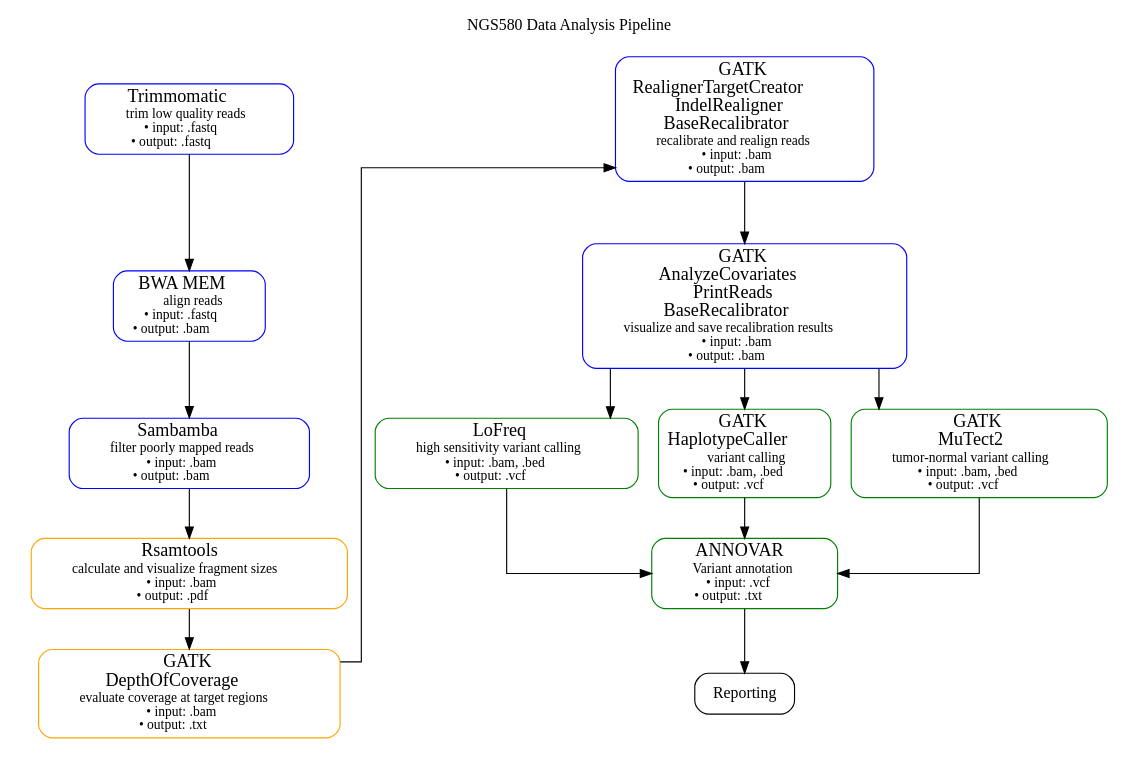
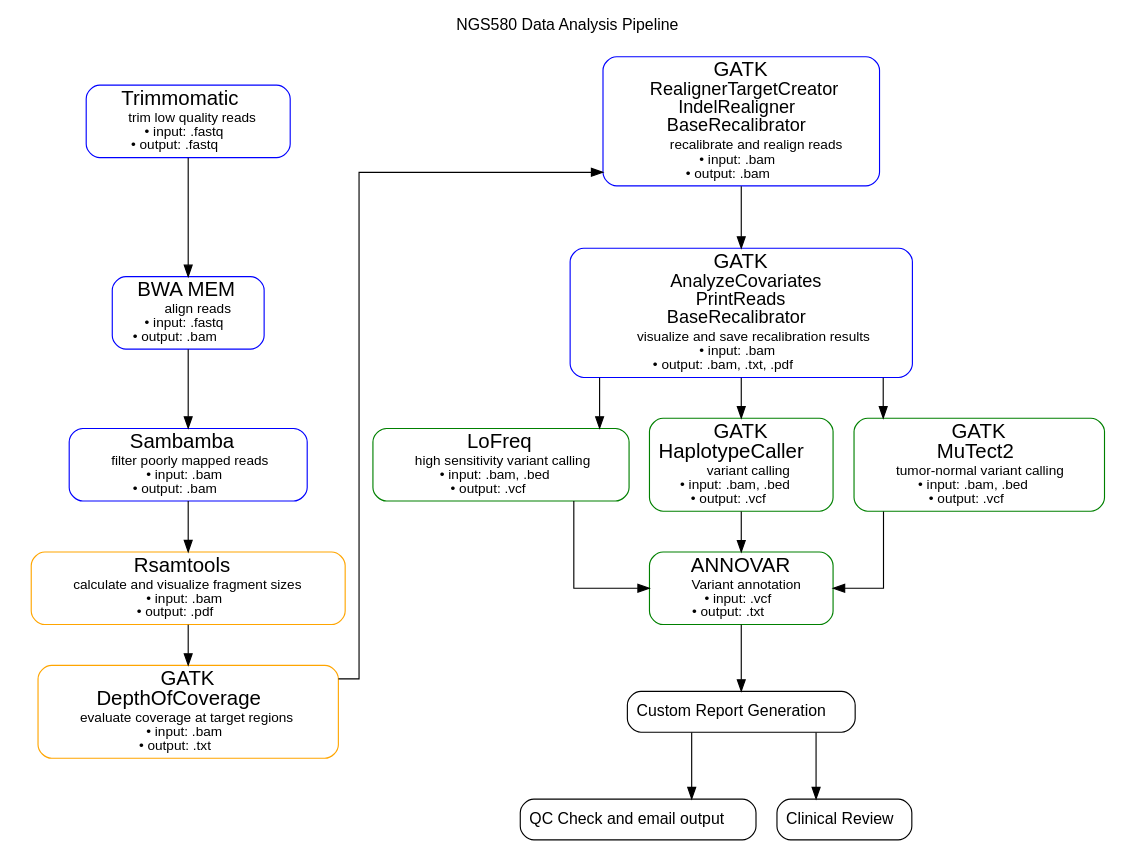
Before and after one commit to NYU-Molecular-Pathology/writeup: the diagram in pipline_workflow.dot, drawn with Graphviz. The commit also changed 1 other file, not shown here.

Commit message:
adjust font

```diff
--- a/pipline_workflow.dot
+++ b/pipline_workflow.dot
@@ -1,163 +1,187 @@
 digraph sns_pipeline {
 // overall graph label
 label="NGS580 Data Analysis Pipeline\n\n"
 labelloc="t";
 
-
+graph [fontname = "helvetica"];
+node [fontname = "helvetica"];
+edge [fontname = "helvetica"];
 
 // define all the nodes in the order of appearance
 Trimmomatic
 BWA_MEM
 Sambamba
 Rsamtools
 GATK_DepthOfCoverage
 GATK_Realign
 GATK_Recalibrate
 LoFreq
 GATK_HaplotypeCaller
 GATK_MuTect2
 ANNOVAR
 Reporting
-
+QC
+Review
 
 // add styles and labels to the pipeline steps
-
-
 // pre-processing pipeline steps
 Trimmomatic [
-    label=<<FONT POINT-SIZE="16">Trimmomatic</FONT><BR />
+    label=<<FONT POINT-SIZE="18">Trimmomatic</FONT><BR />
     <FONT POINT-SIZE="12">
     trim low quality reads<BR />
     &#8226; input: .fastq<BR />
     &#8226; output: .fastq
     </FONT>>,
     style=rounded, shape=box, color=Blue
     ]
 
 BWA_MEM [
-    label=<<FONT POINT-SIZE="16">BWA MEM</FONT><BR />
+    label=<<FONT POINT-SIZE="18">BWA MEM</FONT><BR />
     <FONT POINT-SIZE="12">
     align reads<BR />
     &#8226; input: .fastq<BR />
     &#8226; output: .bam
     </FONT>>,
     style=rounded, shape=box, color=Blue
     ]
 
 Sambamba [
-    label=<<FONT POINT-SIZE="16">Sambamba</FONT><BR />
+    label=<<FONT POINT-SIZE="18">Sambamba</FONT><BR />
     <FONT POINT-SIZE="12">
     filter poorly mapped reads<BR />
     &#8226; input: .bam<BR />
     &#8226; output: .bam
     </FONT>>,
     style=rounded, shape=box, color=Blue
     ]
 
 GATK_Realign [
-    label=<<FONT POINT-SIZE="16">GATK<BR />RealignerTargetCreator<BR />IndelRealigner<BR />BaseRecalibrator</FONT><BR />
+    label=<<FONT POINT-SIZE="18">GATK</FONT><BR />
+    <FONT POINT-SIZE="16">
+    RealignerTargetCreator<BR />
+    IndelRealigner<BR />
+    BaseRecalibrator<BR />
+    </FONT>
     <FONT POINT-SIZE="12">
     recalibrate and realign reads<BR />
     &#8226; input: .bam<BR />
     &#8226; output: .bam
     </FONT>>,
     style=rounded, shape=box, color=Blue
     ]
 
 GATK_Recalibrate [
-    label=<<FONT POINT-SIZE="16">GATK<BR />AnalyzeCovariates<BR />PrintReads<BR />BaseRecalibrator</FONT><BR />
+    label=<<FONT POINT-SIZE="18">GATK</FONT><BR />
+    <FONT POINT-SIZE="16">
+    AnalyzeCovariates<BR />
+    PrintReads<BR />
+    BaseRecalibrator<BR />
+    </FONT>
     <FONT POINT-SIZE="12">
     visualize and save recalibration results<BR />
     &#8226; input: .bam<BR />
-    &#8226; output: .bam
+    &#8226; output: .bam, .txt, .pdf
     </FONT>>,
     style=rounded, shape=box, color=Blue
     ]
 
 // quality control pipeline steps -
 Rsamtools [
-    label=<<FONT POINT-SIZE="16">Rsamtools</FONT><BR />
+    label=<<FONT POINT-SIZE="18">Rsamtools</FONT><BR />
     <FONT POINT-SIZE="12">
     calculate and visualize fragment sizes<BR />
     &#8226; input: .bam<BR />
     &#8226; output: .pdf
     </FONT>>,
     style=rounded, shape=box, color=Orange
     ]
 
 GATK_DepthOfCoverage [
-    label=<<FONT POINT-SIZE="16">GATK<BR />DepthOfCoverage</FONT><BR />
+    label=<<FONT POINT-SIZE="18">GATK<BR />DepthOfCoverage</FONT><BR />
     <FONT POINT-SIZE="12">
     evaluate coverage at target regions<BR />
     &#8226; input: .bam<BR />
     &#8226; output: .txt
     </FONT>>,
     style=rounded, shape=box, color=Orange
     ]
 
 
 // Variant Calling pipeline steps
 LoFreq [
-    label=<<FONT POINT-SIZE="16">LoFreq</FONT><BR />
+    label=<<FONT POINT-SIZE="18">LoFreq</FONT><BR />
     <FONT POINT-SIZE="12">
     high sensitivity variant calling<BR />
     &#8226; input: .bam, .bed<BR />
     &#8226; output: .vcf
     </FONT>>,
     style=rounded, shape=box, color=Green
     ]
 
 GATK_HaplotypeCaller [
-    label=<<FONT POINT-SIZE="16">GATK<BR />HaplotypeCaller</FONT><BR />
+    label=<<FONT POINT-SIZE="18">GATK<BR />HaplotypeCaller</FONT><BR />
     <FONT POINT-SIZE="12">
     variant calling<BR />
     &#8226; input: .bam, .bed<BR />
     &#8226; output: .vcf
     </FONT>>,
     style=rounded, shape=box, color=Green
     ]
 
 GATK_MuTect2 [
-    label=<<FONT POINT-SIZE="16">GATK<BR />MuTect2</FONT><BR />
+    label=<<FONT POINT-SIZE="18">GATK<BR />MuTect2</FONT><BR />
     <FONT POINT-SIZE="12">
     tumor-normal variant calling<BR />
     &#8226; input: .bam, .bed<BR />
     &#8226; output: .vcf
     </FONT>>,
     style=rounded, shape=box, color=Green]
 
 ANNOVAR [
-    label=<<FONT POINT-SIZE="16">ANNOVAR</FONT><BR />
+    label=<<FONT POINT-SIZE="18">ANNOVAR</FONT><BR />
     <FONT POINT-SIZE="12">
     Variant annotation<BR />
     &#8226; input: .vcf<BR />
     &#8226; output: .txt
     </FONT>>,
     style=rounded, shape=box, color=Green
     ]
 
 // custom downstream steps
-node []
 Reporting [
+    label=<<FONT POINT-SIZE="14">Custom Report Generation</FONT>>,
+    style=rounded, shape=box, color=Black
+    ]
+
+QC [
+    label=<<FONT POINT-SIZE="14">QC Check and email output</FONT>>,
+    style=rounded, shape=box, color=Black
+    ]
+
+Review [
+    label=<<FONT POINT-SIZE="14">Clinical Review</FONT>>,
     style=rounded, shape=box, color=Black
     ]
 
 // layout
     subgraph cluster1 {
         style="invis"
         Trimmomatic -> BWA_MEM -> Sambamba -> Rsamtools -> GATK_DepthOfCoverage
     }
 
     subgraph cluster2 {
         style="invis"
          GATK_Realign -> GATK_Recalibrate
          GATK_Recalibrate -> LoFreq -> ANNOVAR
          GATK_Recalibrate -> GATK_HaplotypeCaller -> ANNOVAR
          GATK_Recalibrate -> GATK_MuTect2 -> ANNOVAR
     }
 
     splines="ortho"
     {rank=same Trimmomatic GATK_Realign}
     GATK_DepthOfCoverage -> GATK_Realign [constraint=false]
     ANNOVAR -> Reporting
+
+    Reporting -> QC
+    Reporting -> Review
 }
```
